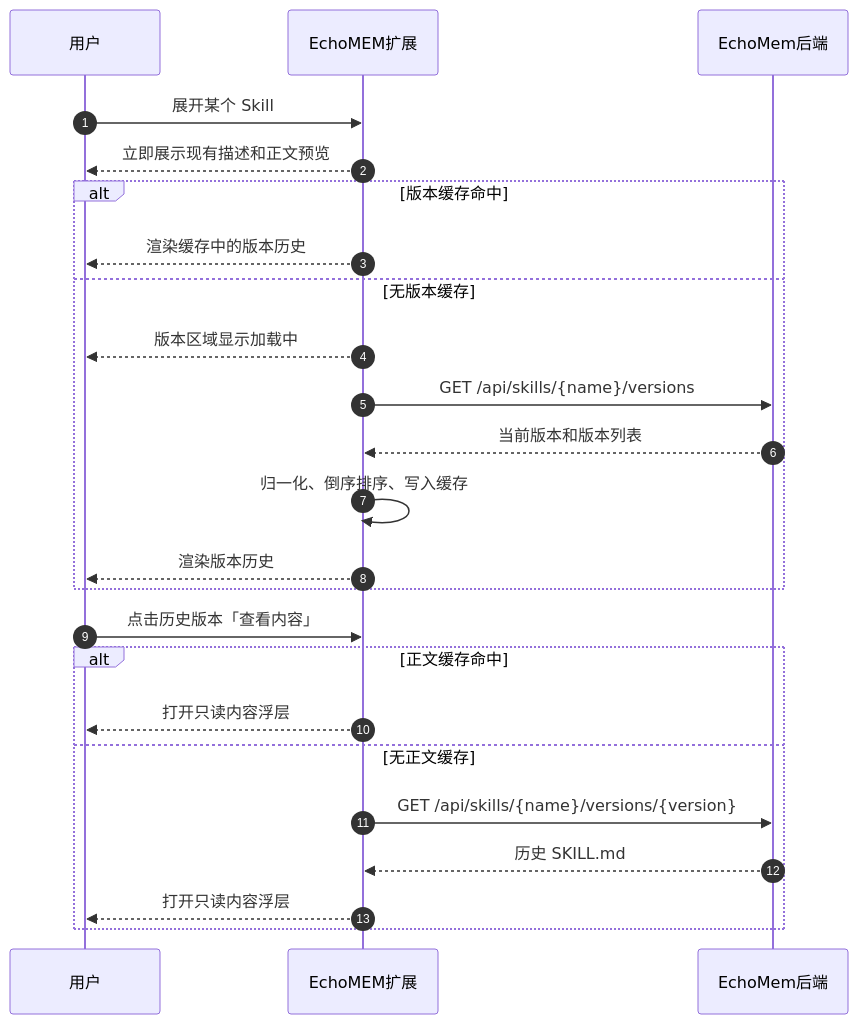
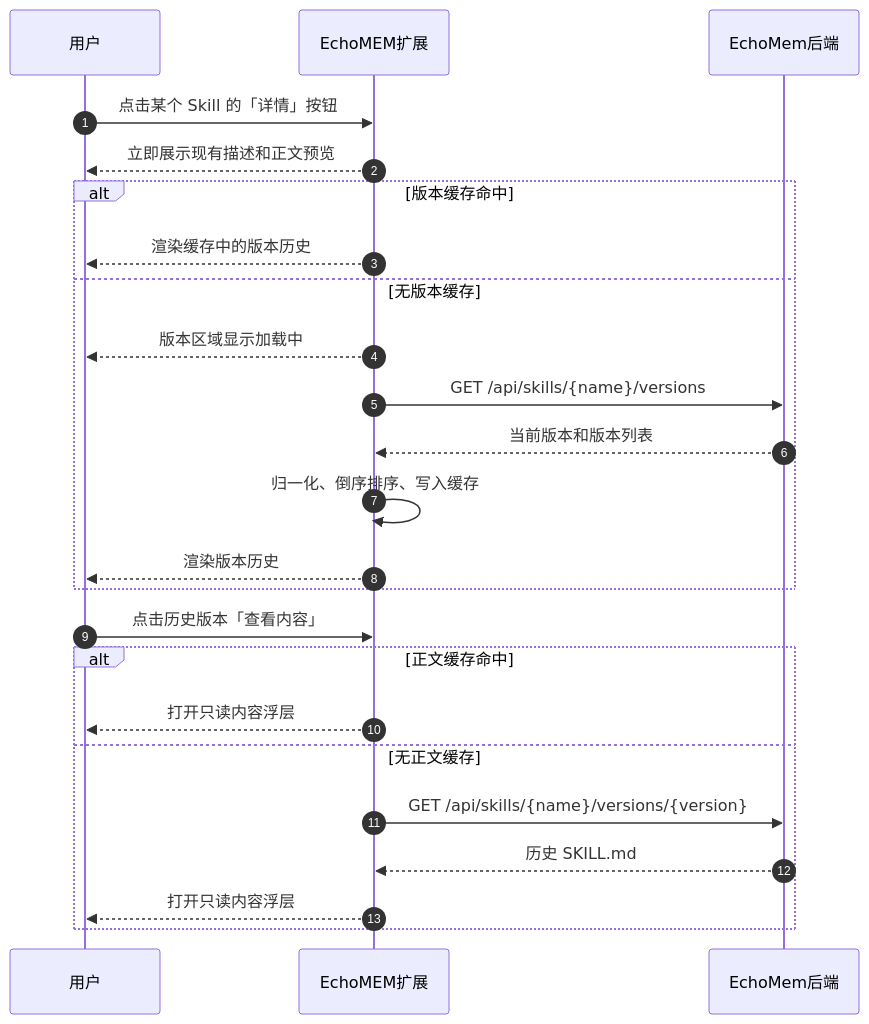
One commit to WawaGuess/EchoMEM-WEB-EXTENSION changed the diagram in docs/flows/skill-store/版本历史与回退设计.md. Above: the diagram before and after it, drawn with Mermaid. The commit also changed other lines of this file and 11 other files, not shown here.

````diff
--- a/docs/flows/skill-store/版本历史与回退设计.md
+++ b/docs/flows/skill-store/版本历史与回退设计.md
@@ -327,28 +329,28 @@
 ```mermaid
 sequenceDiagram
     autonumber
     participant U as 用户
     participant E as EchoMEM扩展
     participant EM as EchoMem后端
 
-    U->>E: 展开某个 Skill
+    U->>E: 点击某个 Skill 的「详情」按钮
     E-->>U: 立即展示现有描述和正文预览
     alt 版本缓存命中
         E-->>U: 渲染缓存中的版本历史
     else 无版本缓存
         E-->>U: 版本区域显示加载中
         E->>EM: GET /api/skills/{name}/versions
         EM-->>E: 当前版本和版本列表
         E->>E: 归一化、倒序排序、写入缓存
         E-->>U: 渲染版本历史
     end
 
     U->>E: 点击历史版本「查看内容」
     alt 正文缓存命中
         E-->>U: 打开只读内容浮层
     else 无正文缓存
         E->>EM: GET /api/skills/{name}/versions/{version}
         EM-->>E: 历史 SKILL.md
         E-->>U: 打开只读内容浮层
     end
 ```
````
